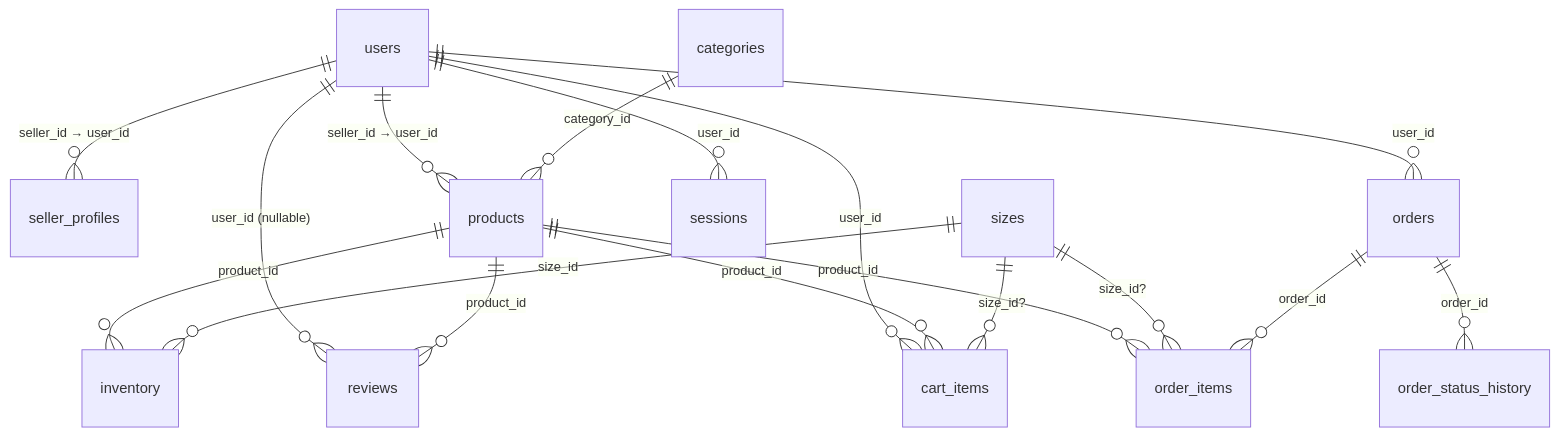
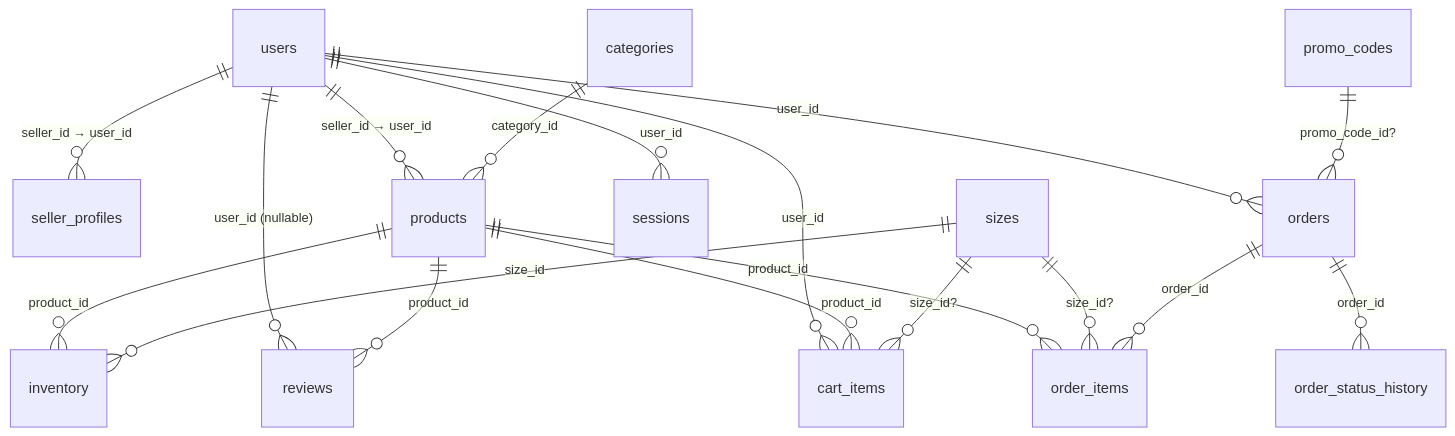
Before and after one commit to jbumalay/SoleTrack: the diagram in docs/data-model.md, drawn with Mermaid. The commit also changed other lines of this file and 5 other files, not shown here.

Commit message:
docs(architecture): refresh data model, flows, guide, and ADR for catalog paging, promos, returns, admin orders

````diff
--- a/docs/data-model.md
+++ b/docs/data-model.md
@@ -6,19 +6,20 @@
 ```mermaid
 erDiagram
     users ||--o{ seller_profiles : "seller_id → user_id"
     users ||--o{ products : "seller_id → user_id"
     users ||--o{ cart_items : "user_id"
     users ||--o{ orders : "user_id"
     users ||--o{ reviews : "user_id (nullable)"
     users ||--o{ sessions : "user_id"
     categories ||--o{ products : "category_id"
     products ||--o{ inventory : "product_id"
     sizes ||--o{ inventory : "size_id"
     products ||--o{ reviews : "product_id"
     products ||--o{ cart_items : "product_id"
     products ||--o{ order_items : "product_id"
     sizes ||--o{ cart_items : "size_id?"
     sizes ||--o{ order_items : "size_id?"
     orders ||--o{ order_items : "order_id"
     orders ||--o{ order_status_history : "order_id"
+    promo_codes ||--o{ orders : "promo_code_id?"
 ```
````
